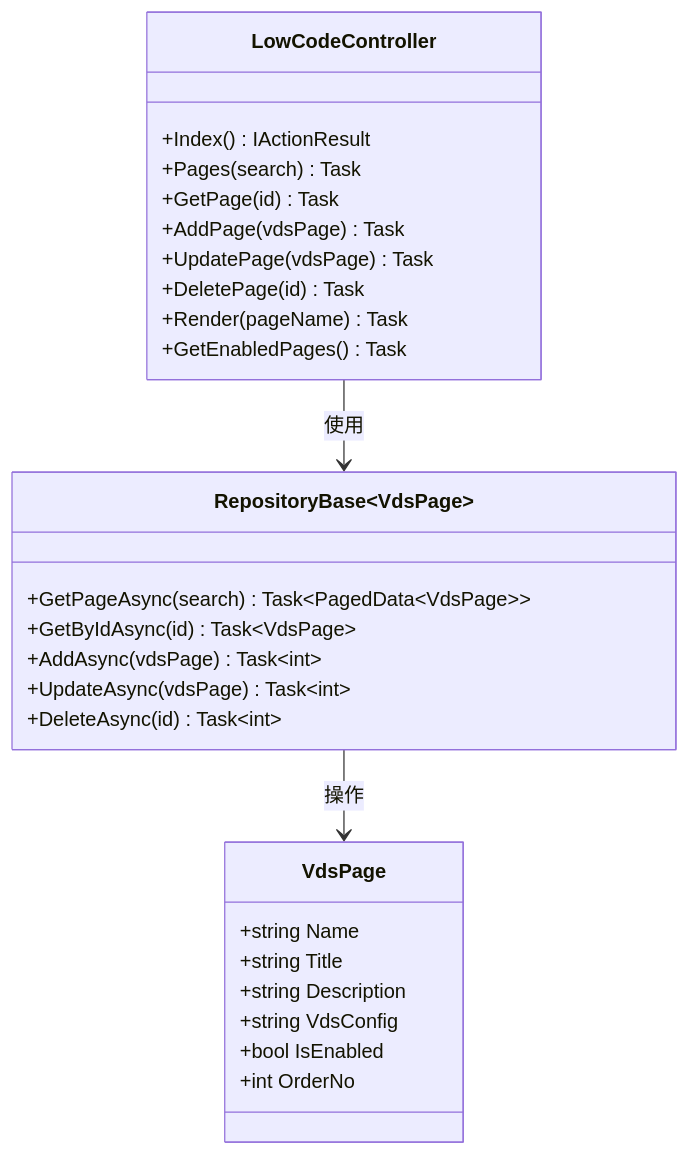
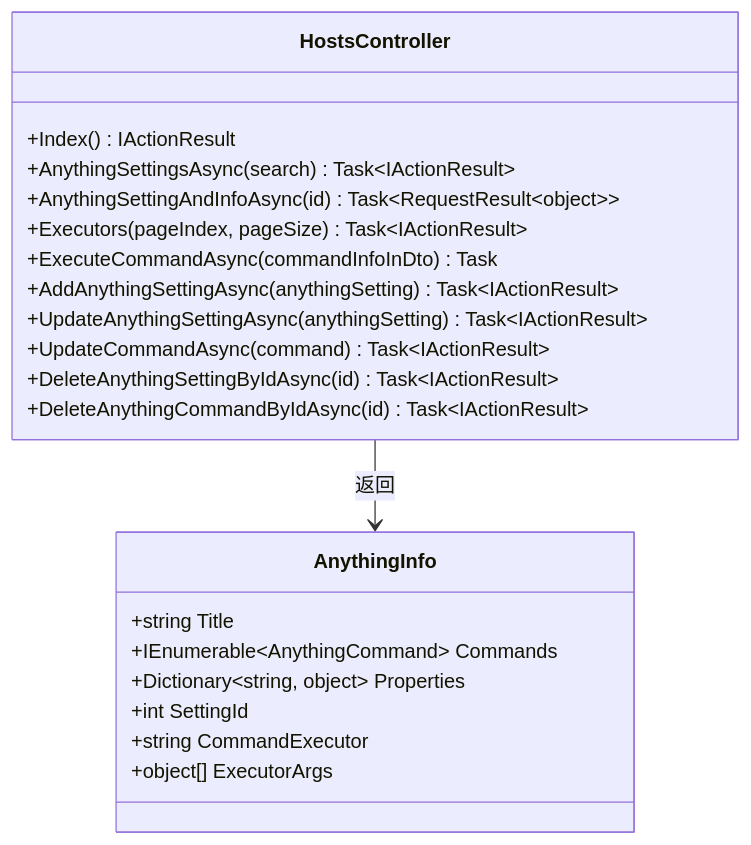
The fourth of 7 diagrams in .qoder/repowiki/zh/content/项目概述/核心特性/工具库系统/文件操作工具/可视化模板编辑器系统.md (Sosososolong/AirGo), drawn with Mermaid before and after one commit. The commit also changed other lines of this file and 3 other files, not shown here.

````diff
--- a/.qoder/repowiki/zh/content/项目概述/核心特性/工具库系统/文件操作工具/可视化模板编辑器系统.md
+++ b/.qoder/repowiki/zh/content/项目概述/核心特性/工具库系统/文件操作工具/可视化模板编辑器系统.md
@@ -164,30 +215,24 @@
 ```mermaid
 classDiagram
-class LowCodeController {
+class HostsController {
 +Index() IActionResult
-+Pages(search) Task<IActionResult>
-+GetPage(id) Task<IActionResult>
-+AddPage(vdsPage) Task<IActionResult>
-+UpdatePage(vdsPage) Task<IActionResult>
-+DeletePage(id) Task<IActionResult>
-+Render(pageName) Task<IActionResult>
-+GetEnabledPages() Task<IActionResult>
++AnythingSettingsAsync(search) Task~IActionResult~
++AnythingSettingAndInfoAsync(id) Task~RequestResult~object~~
++Executors(pageIndex, pageSize) Task~IActionResult~
++ExecuteCommandAsync(commandInfoInDto) Task
++AddAnythingSettingAsync(anythingSetting) Task~IActionResult~
++UpdateAnythingSettingAsync(anythingSetting) Task~IActionResult~
++UpdateCommandAsync(command) Task~IActionResult~
++DeleteAnythingSettingByIdAsync(id) Task~IActionResult~
++DeleteAnythingCommandByIdAsync(id) Task~IActionResult~
 }
-class RepositoryBase~VdsPage~ {
-+GetPageAsync(search) Task~PagedData~VdsPage~~
-+GetByIdAsync(id) Task~VdsPage~
-+AddAsync(vdsPage) Task~int~
-+UpdateAsync(vdsPage) Task~int~
-+DeleteAsync(id) Task~int~
+class AnythingInfo {
++string Title
++IEnumerable~AnythingCommand~ Commands
++Dictionary~string, object~ Properties
++int SettingId
++string CommandExecutor
++object[] ExecutorArgs
 }
-class VdsPage {
-+string Name
-+string Title
-+string Description
-+string VdsConfig
-+bool IsEnabled
-+int OrderNo
-}
-LowCodeController --> RepositoryBase : 使用
-RepositoryBase --> VdsPage : 操作
+HostsController --> AnythingInfo : 返回
 ```
````
